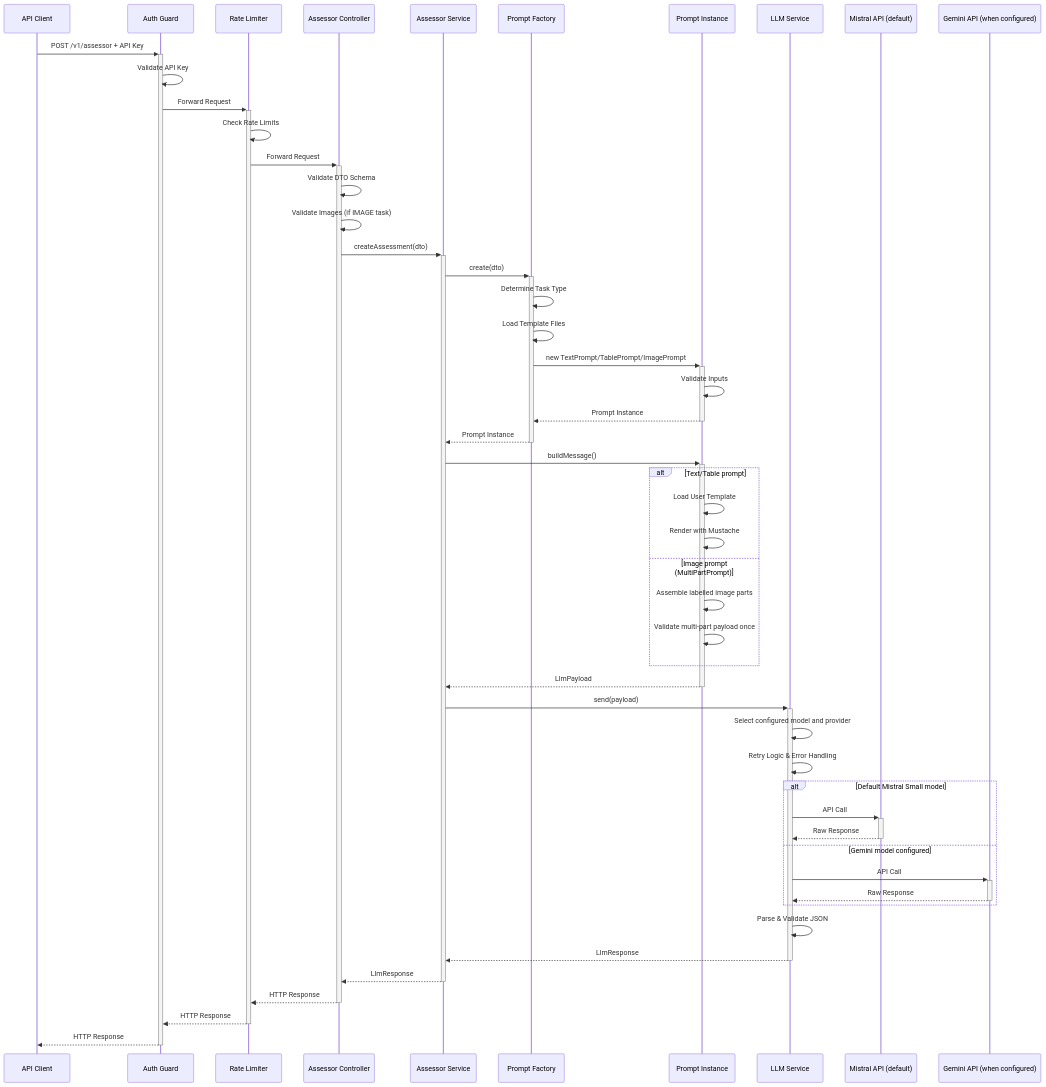
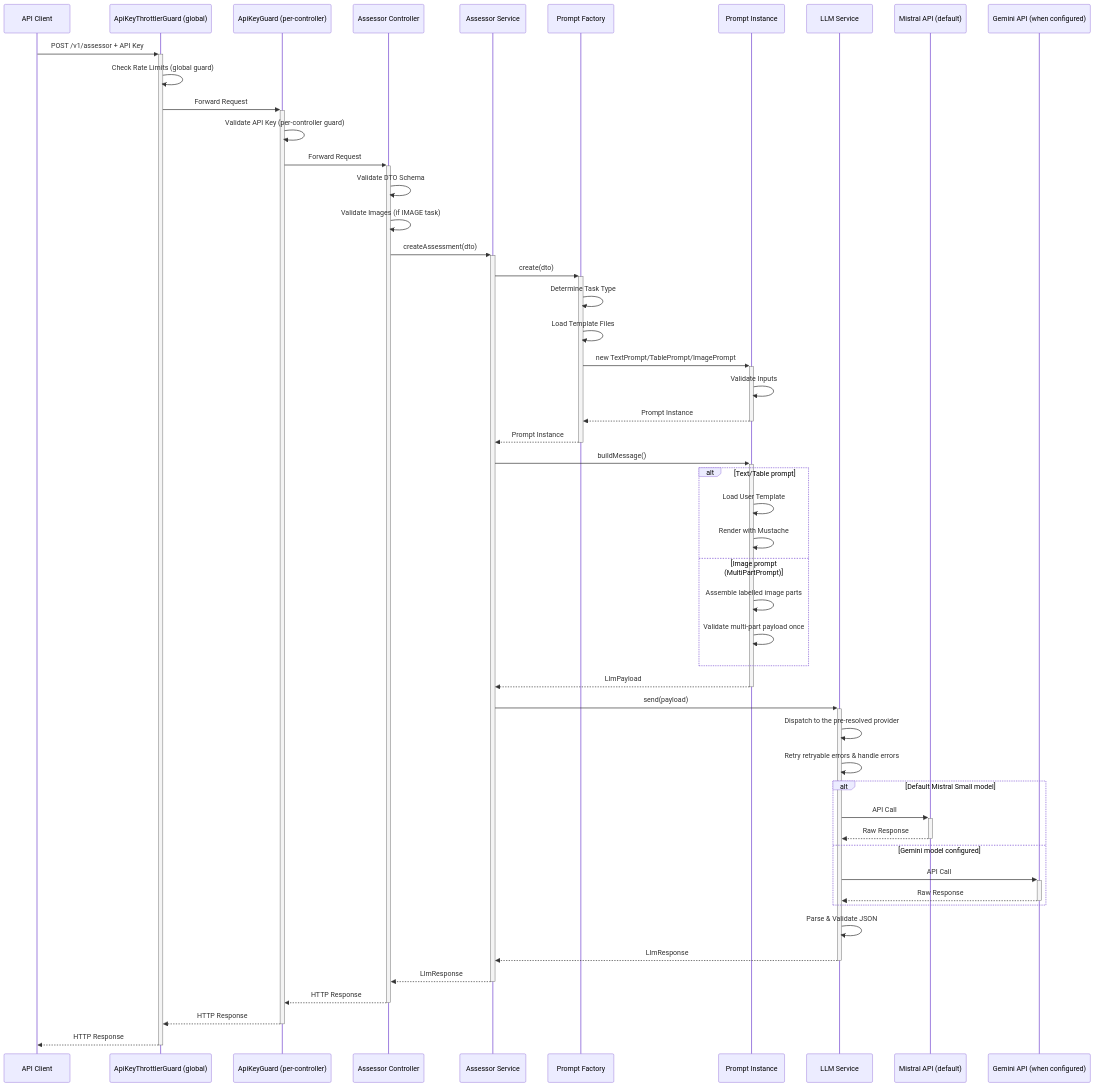
Before and after one commit to h-arnold/AssessmentBot-LLM-Service: the diagram in docs/architecture/data-flow.md, drawn with Mermaid. The commit also changed other lines of this file and 48 other files, not shown here.

````diff
--- a/docs/architecture/data-flow.md
+++ b/docs/architecture/data-flow.md
@@ -5,54 +5,54 @@
 ```mermaid
 sequenceDiagram
     participant Client as API Client
-    participant Guard as Auth Guard
-    participant Throttle as Rate Limiter
+    participant Throttle as ApiKeyThrottlerGuard (global)
+    participant Guard as ApiKeyGuard (per-controller)
     participant Controller as Assessor Controller
     participant Service as Assessor Service
     participant Factory as Prompt Factory
     participant Prompt as Prompt Instance
     participant LLM as LLM Service
     participant Mistral as Mistral API (default)
     participant Gemini as Gemini API (when configured)
 
-    Client->>+Guard: POST /v1/assessor + API Key
-    Guard->>Guard: Validate API Key
-    Guard->>+Throttle: Forward Request
-    Throttle->>Throttle: Check Rate Limits
-    Throttle->>+Controller: Forward Request
+    Client->>+Throttle: POST /v1/assessor + API Key
+    Throttle->>Throttle: Check Rate Limits (global guard)
+    Throttle->>+Guard: Forward Request
+    Guard->>Guard: Validate API Key (per-controller guard)
+    Guard->>+Controller: Forward Request
     Controller->>Controller: Validate DTO Schema
     Controller->>Controller: Validate Images (if IMAGE task)
     Controller->>+Service: createAssessment(dto)
     Service->>+Factory: create(dto)
     Factory->>Factory: Determine Task Type
     Factory->>Factory: Load Template Files
     Factory->>+Prompt: new TextPrompt/TablePrompt/ImagePrompt
     Prompt->>Prompt: Validate Inputs
     Prompt-->>-Factory: Prompt Instance
     Factory-->>-Service: Prompt Instance
     Service->>+Prompt: buildMessage()
     alt Text/Table prompt
         Prompt->>Prompt: Load User Template
         Prompt->>Prompt: Render with Mustache
     else Image prompt (MultiPartPrompt)
         Prompt->>Prompt: Assemble labelled image parts
         Prompt->>Prompt: Validate multi-part payload once
     end
     Prompt-->>-Service: LlmPayload
     Service->>+LLM: send(payload)
-    LLM->>LLM: Select configured model and provider
-    LLM->>LLM: Retry Logic & Error Handling
+    LLM->>LLM: Dispatch to the pre-resolved provider
+    LLM->>LLM: Retry retryable errors & handle errors
     alt Default Mistral Small model
         LLM->>+Mistral: API Call
         Mistral-->>-LLM: Raw Response
     else Gemini model configured
         LLM->>+Gemini: API Call
         Gemini-->>-LLM: Raw Response
     end
     LLM->>LLM: Parse & Validate JSON
     LLM-->>-Service: LlmResponse
     Service-->>-Controller: LlmResponse
-    Controller-->>-Throttle: HTTP Response
-    Throttle-->>-Guard: HTTP Response
-    Guard-->>-Client: HTTP Response
+    Controller-->>-Guard: HTTP Response
+    Guard-->>-Throttle: HTTP Response
+    Throttle-->>-Client: HTTP Response
 ```
````
